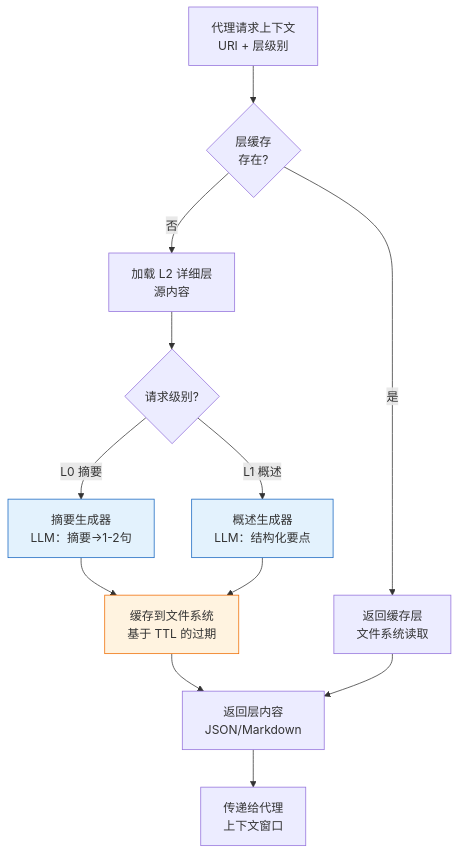
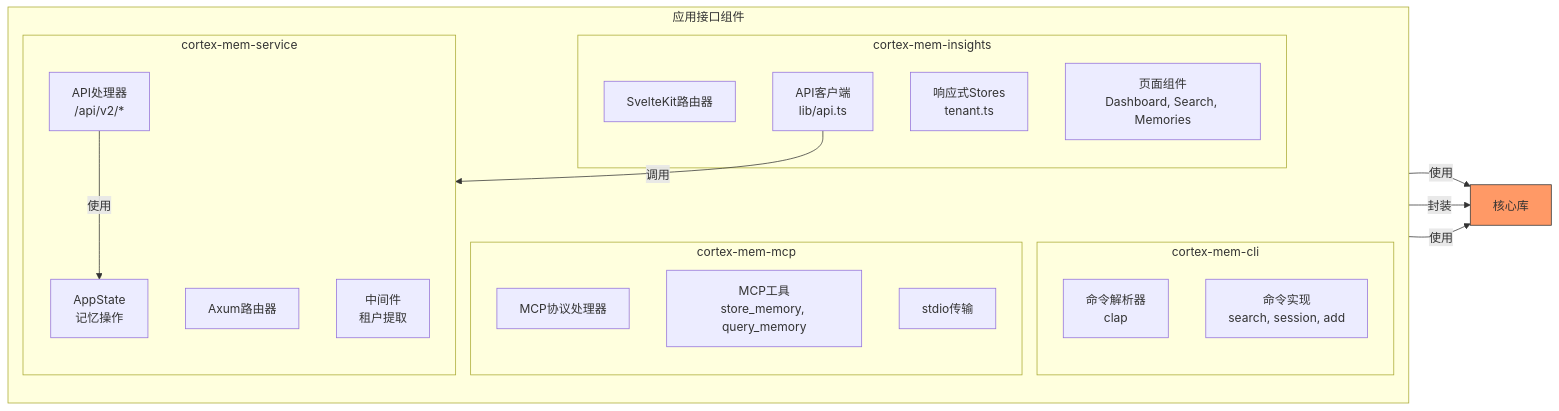
One commit to sopaco/cortex-mem changed the eighth of 14 diagrams in litho.docs/zh/2、架构概览.md. Above: the diagram before and after it, drawn with Mermaid. The commit also changed other lines of this file and 45 other files, not shown here.

````diff
--- a/litho.docs/zh/2、架构概览.md
+++ b/litho.docs/zh/2、架构概览.md
@@ -614,18 +445,40 @@
 ```mermaid
-flowchart TB
-    A[代理请求上下文<br/>URI + 层级别] --> B{层缓存<br/>存在?}
-    B -->|是| C[返回缓存层<br/>文件系统读取]
-    B -->|否| D[加载 L2 详细层<br/>源内容]
-    D --> E{请求级别?}
-    E -->|L0 摘要| F[摘要生成器<br/>LLM：摘要→1-2句]
-    E -->|L1 概述| G[概述生成器<br/>LLM：结构化要点]
-    F --> H[缓存到文件系统<br/>基于 TTL 的过期]
-    G --> H
-    H --> I[返回层内容<br/>JSON/Markdown]
-    C --> I
-    I --> J[传递给代理<br/>上下文窗口]
+graph LR
+    subgraph Interfaces["应用接口组件"]
+        direction TB
+        
+        subgraph CLI["cortex-mem-cli"]
+            CMD[命令解析器<br/>clap]
+            CMD_IMPL[命令实现<br/>search, session, add]
+        end
+        
+        subgraph HTTP["cortex-mem-service"]
+            AXUM[Axum路由器]
+            STATE[AppState<br/>记忆操作]
+            HANDLERS[API处理器<br/>/api/v2/*]
+            MIDDE[中间件<br/>租户提取]
+        end
+        
+        subgraph MCP["cortex-mem-mcp"]
+            PROTO[MCP协议处理器]
+            TOOLS[MCP工具<br/>store_memory, query_memory]
+            STDIO[stdio传输]
+        end
+        
+        subgraph UI["cortex-mem-insights"]
+            SVELTE[SvelteKit路由器]
+            STORES[响应式Stores<br/>tenant.ts]
+            API_CLIENT[API客户端<br/>lib/api.ts]
+            PAGES[页面组件<br/>Dashboard, Search, Memories]
+        end
+    end
     
-    style F fill:#e3f2fd,stroke:#1565c0
-    style G fill:#e3f2fd,stroke:#1565c0
-    style H fill:#fff3e0,stroke:#ef6c00
+    %% 依赖
+    CMD_IMPL -->|使用| CORE[核心库]
+    HANDLERS -->|使用| STATE
+    STATE -->|封装| CORE
+    TOOLS -->|使用| CORE
+    API_CLIENT -->|调用| HTTP
+    
+    style CORE fill:#f96,stroke:#333
 ```
````
